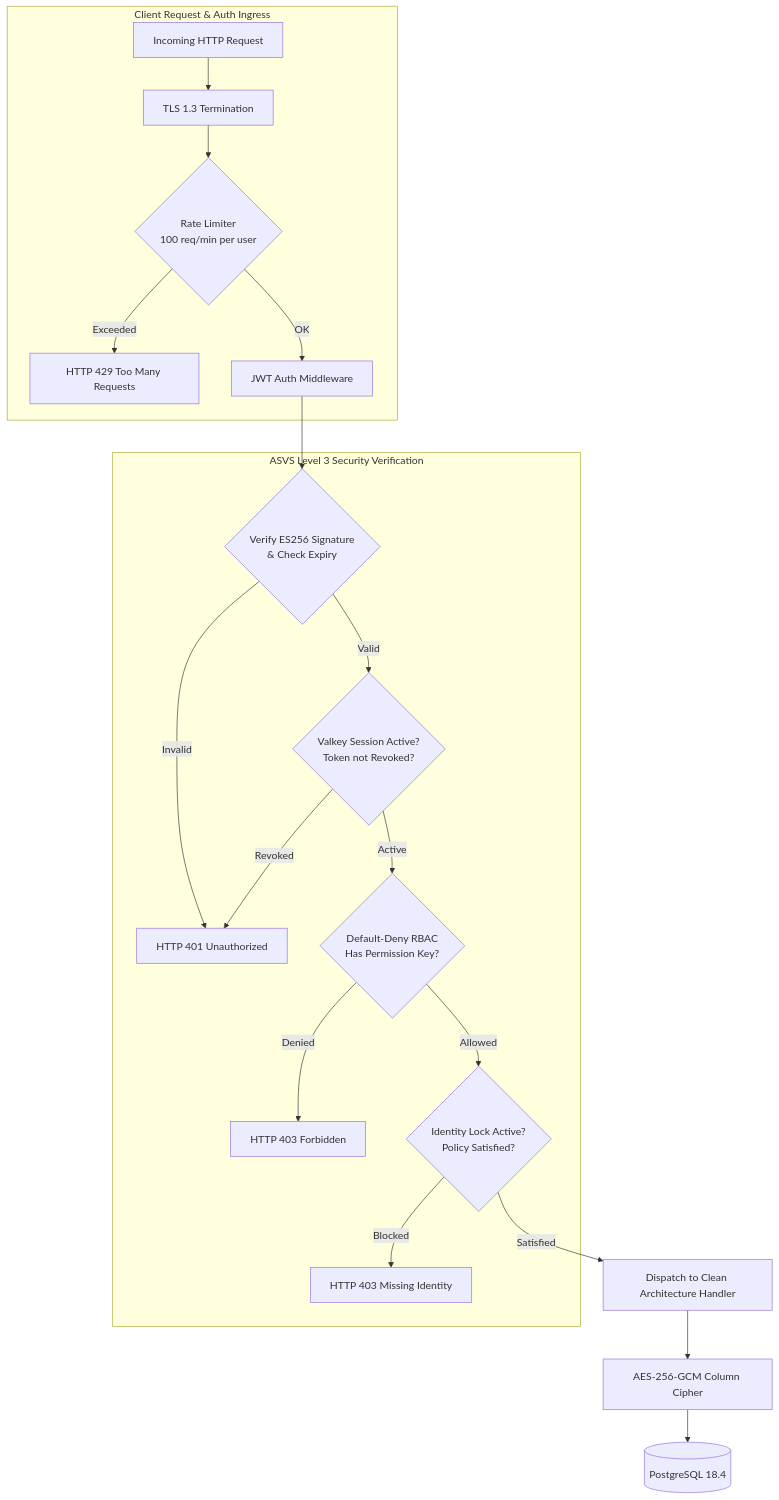
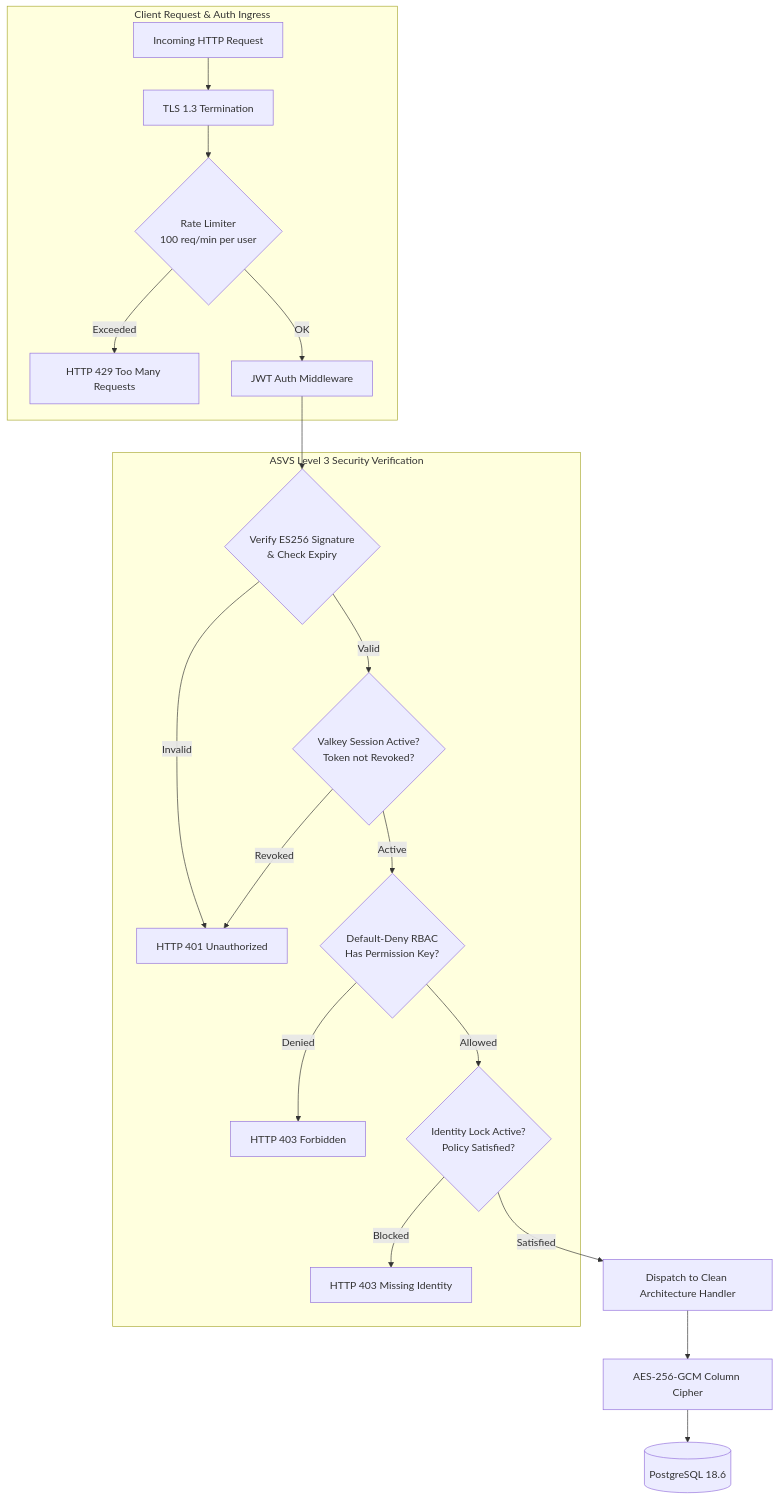
The seventh of 8 diagrams in docs/source/Architecture_Design_Document.md (YDink/Heavy-Machinery-Logistics-Rental), drawn with Mermaid before and after one commit. The commit also changed other lines of this file and 212 other files, not shown here.

````diff
--- a/docs/source/Architecture_Design_Document.md
+++ b/docs/source/Architecture_Design_Document.md
@@ -497,24 +497,24 @@
 ```mermaid
 flowchart TD
     subgraph ClientReq["Client Request & Auth Ingress"]
         Req[Incoming HTTP Request] --> TLS[TLS 1.3 Termination]
         TLS --> RateLimit{Rate Limiter<br>100 req/min per user}
         RateLimit -- Exceeded --> Err429[HTTP 429 Too Many Requests]
         RateLimit -- OK --> JWTAuth[JWT Auth Middleware]
     end
 
     subgraph SecurityChecks["ASVS Level 3 Security Verification"]
         JWTAuth --> VerifySignature{Verify ES256 Signature<br>& Check Expiry}
         VerifySignature -- Invalid --> Err401[HTTP 401 Unauthorized]
         VerifySignature -- Valid --> SessionCheck{Valkey Session Active?<br>Token not Revoked?}
         SessionCheck -- Revoked --> Err401
         SessionCheck -- Active --> RBAC{Default-Deny RBAC<br>Has Permission Key?}
         RBAC -- Denied --> Err403[HTTP 403 Forbidden]
         RBAC -- Allowed --> IdLockCheck{Identity Lock Active?<br>Policy Satisfied?}
         IdLockCheck -- Blocked --> Err403Id[HTTP 403 Missing Identity]
     end
 
     IdLockCheck -- Satisfied --> DomainHandler[Dispatch to Clean Architecture Handler]
     DomainHandler --> CryptCore[AES-256-GCM Column Cipher]
-    CryptCore --> PostgresDB[(PostgreSQL 18.4)]
+    CryptCore --> PostgresDB[(PostgreSQL 18.6)]
 ```
````
